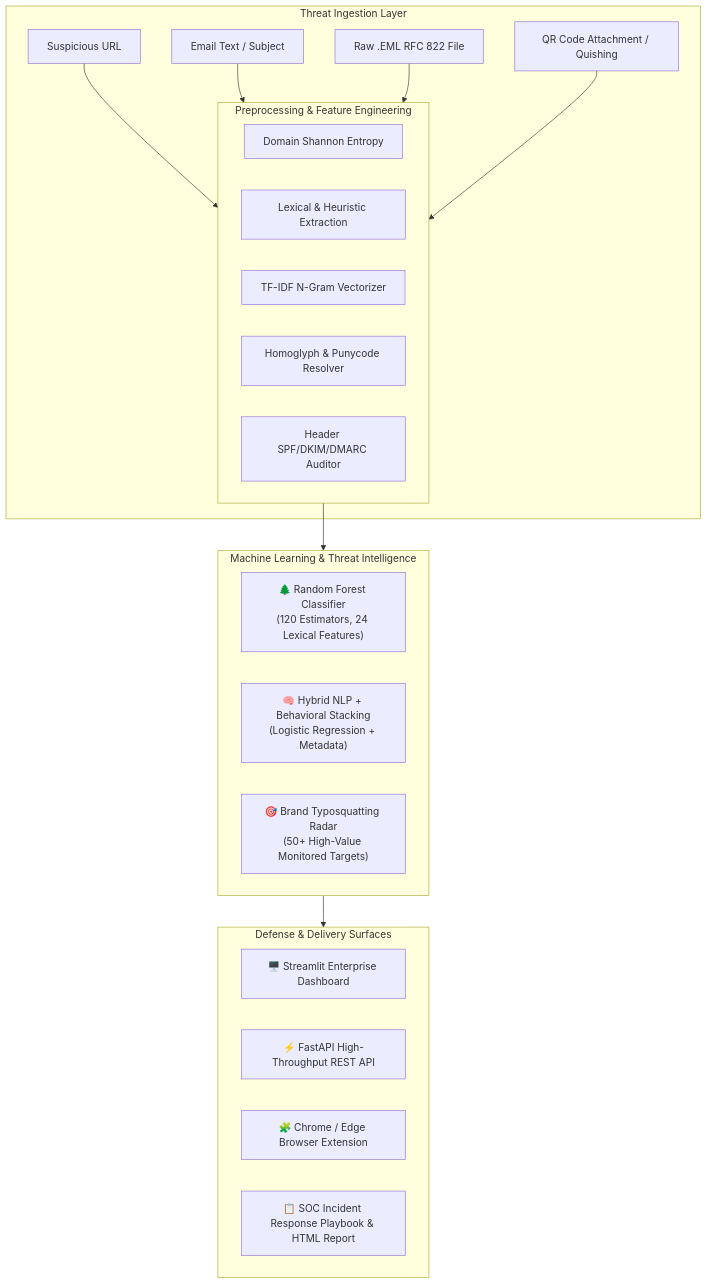
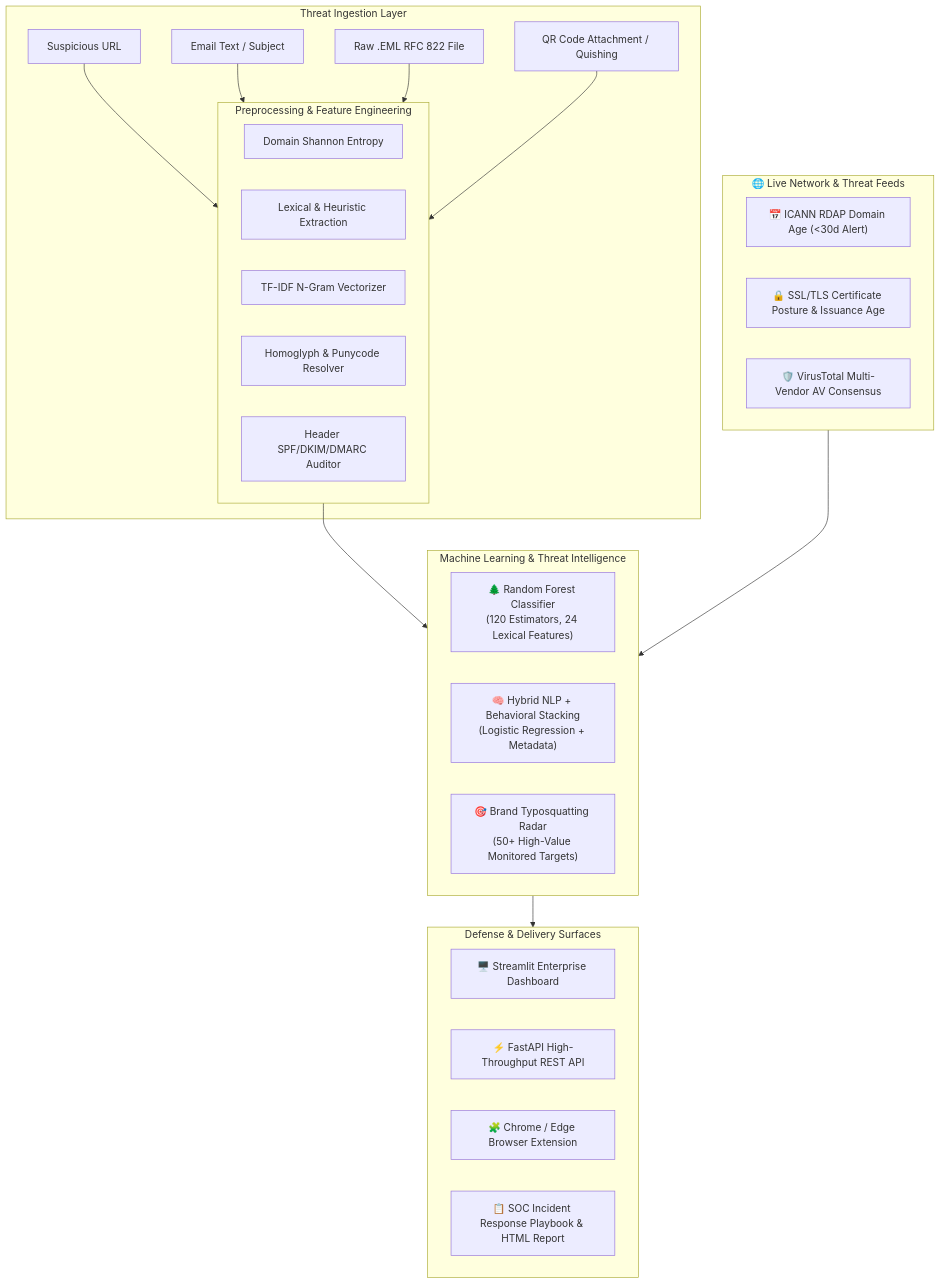
Before and after one commit to deepanshuRajput91134/ai-phishing-detector: the diagram in README.md, drawn with Mermaid. The commit also changed other lines of this file and 6 other files, not shown here.

Commit message:
feat(intel): Add live ICANN RDAP WHOIS domain age lookup, SSL/TLS certificate auditor, and VirusTotal feed integration

````diff
--- a/README.md
+++ b/README.md
@@ -22,33 +22,40 @@
 ```mermaid
 flowchart TD
     subgraph Inputs["Threat Ingestion Layer"]
         A1["Suspicious URL"] --> PRE
         A2["Email Text / Subject"] --> PRE
         A3["Raw .EML RFC 822 File"] --> PRE
         A4["QR Code Attachment / Quishing"] --> PRE
     end
 
     subgraph PRE["Preprocessing & Feature Engineering"]
         F1["Domain Shannon Entropy"]
         F2["Lexical & Heuristic Extraction"]
         F3["TF-IDF N-Gram Vectorizer"]
         F4["Homoglyph & Punycode Resolver"]
         F5["Header SPF/DKIM/DMARC Auditor"]
     end
 
+    subgraph LiveIntel["🌐 Live Network & Threat Feeds"]
+        L1["📅 ICANN RDAP Domain Age (<30d Alert)"]
+        L2["🔒 SSL/TLS Certificate Posture & Issuance Age"]
+        L3["🛡️ VirusTotal Multi-Vendor AV Consensus"]
+    end
+
     subgraph AI["Machine Learning & Threat Intelligence"]
         M1["🌲 Random Forest Classifier<br/>(120 Estimators, 24 Lexical Features)"]
         M2["🧠 Hybrid NLP + Behavioral Stacking<br/>(Logistic Regression + Metadata)"]
         M3["🎯 Brand Typosquatting Radar<br/>(50+ High-Value Monitored Targets)"]
     end
 
     subgraph Output["Defense & Delivery Surfaces"]
         O1["🖥️ Streamlit Enterprise Dashboard"]
         O2["⚡ FastAPI High-Throughput REST API"]
         O3["🧩 Chrome / Edge Browser Extension"]
         O4["📋 SOC Incident Response Playbook & HTML Report"]
     end
 
     PRE --> AI
+    LiveIntel --> AI
     AI --> Output
 ```
````
